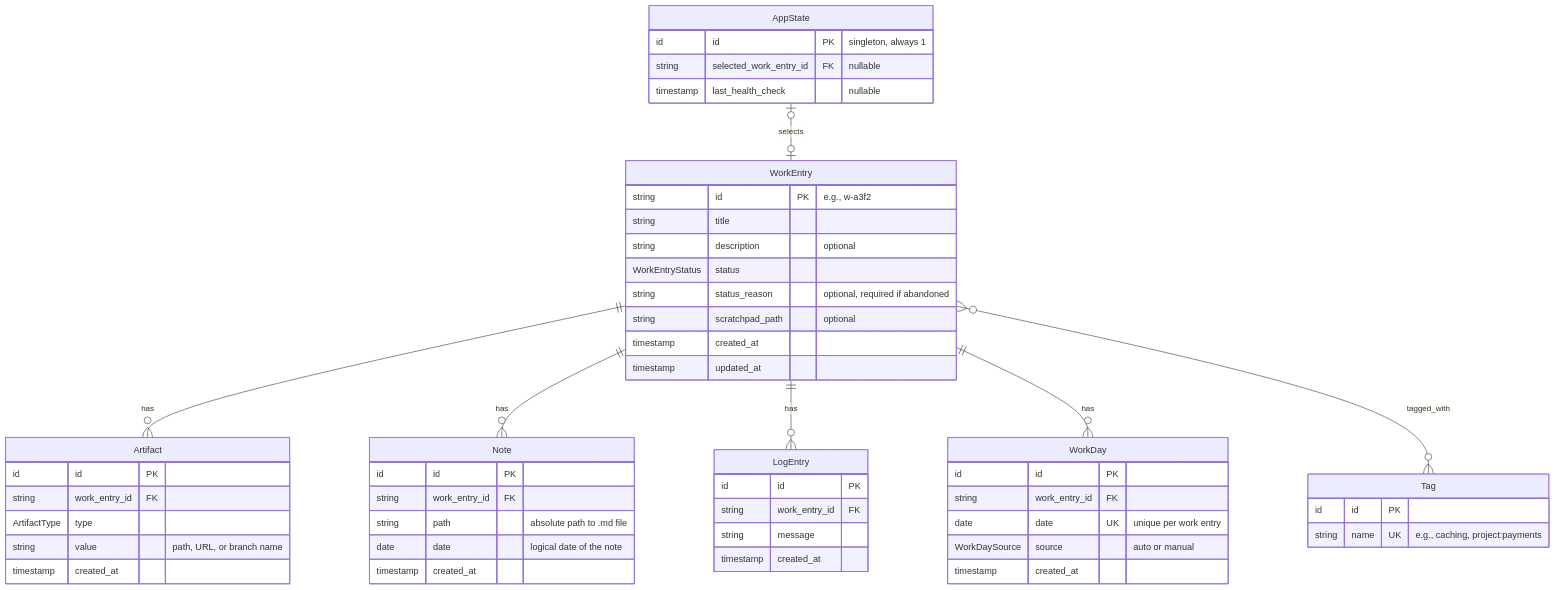
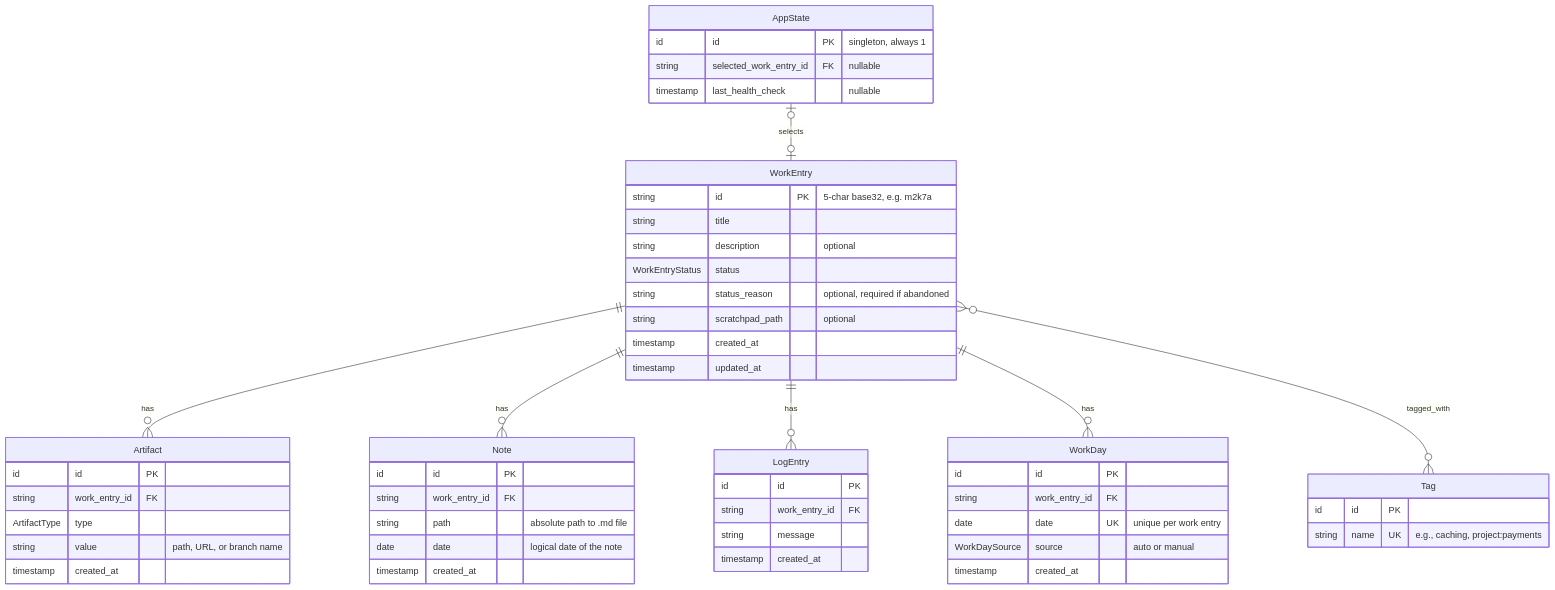
Before and after one commit to lydietoure/orbit: the first of 2 diagrams in docs/DATA_MODEL.md, drawn with Mermaid. The commit also changed other lines of this file and 3 other files, not shown here.

````diff
--- a/docs/DATA_MODEL.md
+++ b/docs/DATA_MODEL.md
@@ -44,62 +44,62 @@
 ```mermaid
 erDiagram
     WorkEntry ||--o{ Artifact : has
     WorkEntry ||--o{ Note : has
     WorkEntry ||--o{ LogEntry : has
     WorkEntry ||--o{ WorkDay : has
     WorkEntry }o--o{ Tag : tagged_with
     AppState |o--o| WorkEntry : selects
 
     WorkEntry {
-        string id PK "e.g., w-a3f2"
+        string id PK "5-char base32, e.g. m2k7a"
         string title
         string description "optional"
         WorkEntryStatus status
         string status_reason "optional, required if abandoned"
         string scratchpad_path "optional"
         timestamp created_at
         timestamp updated_at
     }
 
     Tag {
         id id PK
         string name UK "e.g., caching, project:payments"
     }
 
     Artifact {
         id id PK
         string work_entry_id FK
         ArtifactType type
         string value "path, URL, or branch name"
         timestamp created_at
     }
 
     Note {
         id id PK
         string work_entry_id FK
         string path "absolute path to .md file"
         date date "logical date of the note"
         timestamp created_at
     }
 
     LogEntry {
         id id PK
         string work_entry_id FK
         string message
         timestamp created_at
     }
 
     WorkDay {
         id id PK
         string work_entry_id FK
         date date UK "unique per work entry"
         WorkDaySource source "auto or manual"
         timestamp created_at
     }
 
     AppState {
         id id PK "singleton, always 1"
         string selected_work_entry_id FK "nullable"
         timestamp last_health_check "nullable"
     }
 ```
````
